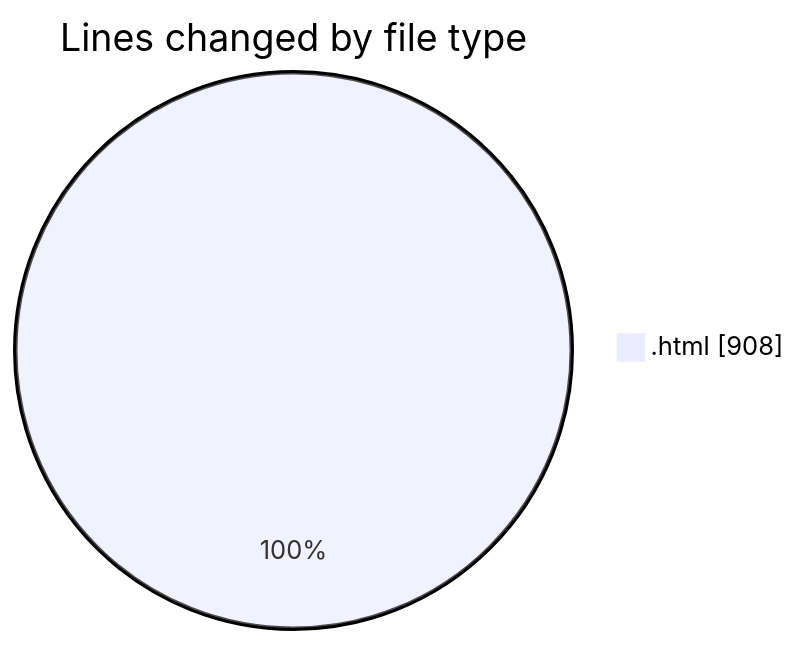
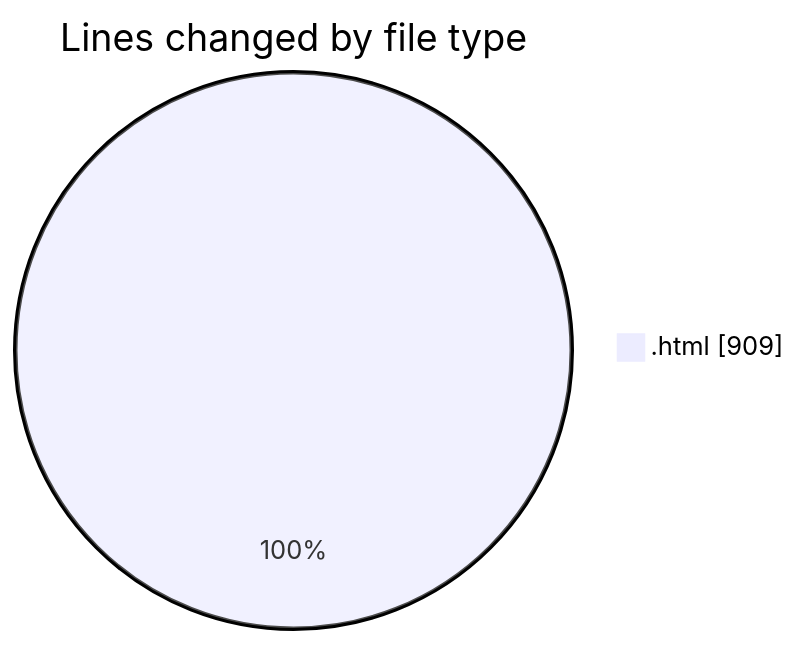
One commit to vahidmafi/code-tracking changed the first of 2 diagrams in 2025-12-10/www/README.md. Above: the diagram before and after it, drawn with Mermaid. The commit also changed other lines of this file and 1 other file, not shown here.

````diff
--- a/2025-12-10/www/README.md
+++ b/2025-12-10/www/README.md
@@ -20,5 +20,5 @@
 ```mermaid
 pie showData
 title Lines changed by file type
-".html" : 908
+".html" : 909
 ```
````
